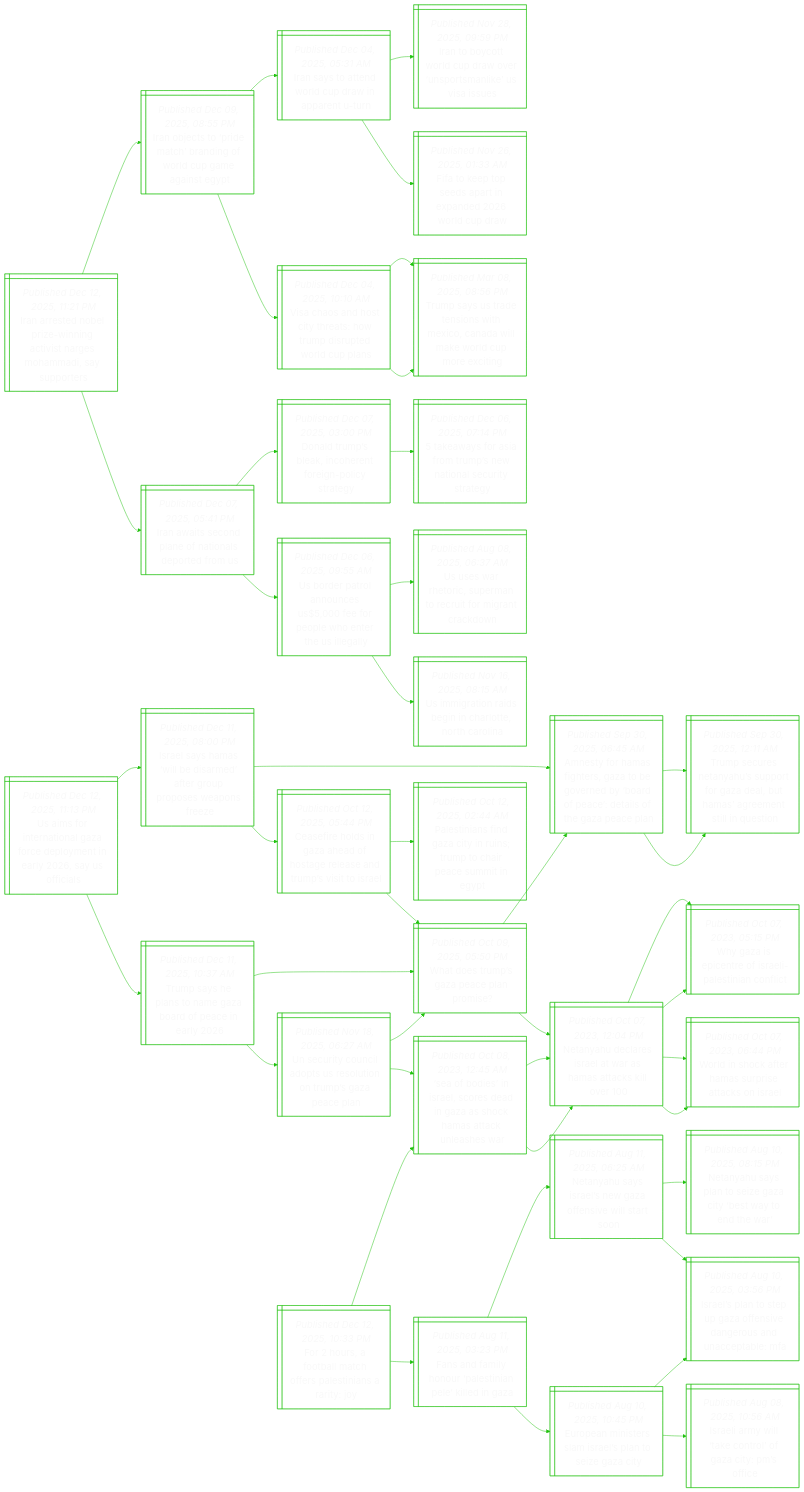
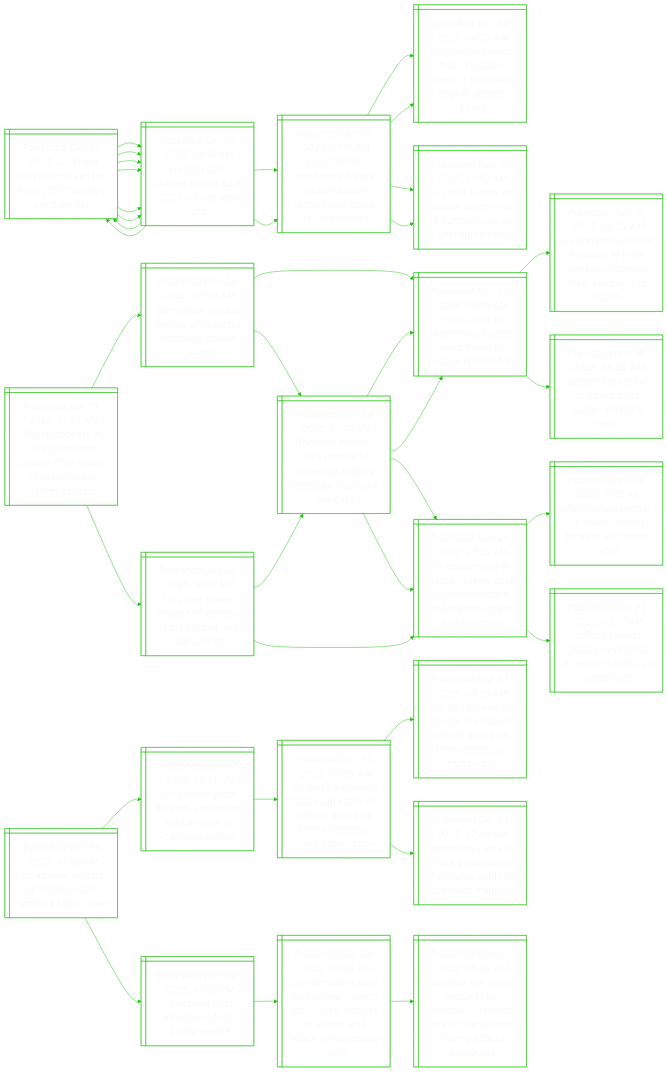
The diagram in README.md (notJmes/notJmes), drawn with Mermaid before and after one commit. The commit also changed other lines of this file, not shown here.

````diff
--- a/README.md
+++ b/README.md
@@ -16,139 +16,121 @@
 flowchart LR
 classDef txtsize font-size:20px;
 
-Ireezncsghdsr@{ shape: win-pane, label: "_Published Dec 12, 2025, 11:21 PM_
-Iran arrested nobel prize-winning activist narges mohammadi, say supporters" }
-Ibsitagrpasp@{ shape: win-pane, label: "_Published Dec 09, 2025, 08:55 PM_
-Iran objects to ‘pride match’ branding of world cup game against egypt" }
-Iaaddraeu@{ shape: win-pane, label: "_Published Dec 04, 2025, 05:31 AM_
-Iran says to attend world cup draw in apparent u-turn" }
-IoorpontlSis@{ shape: win-pane, label: "_Published Nov 28, 2025, 09:59 PM_
-Iran to boycott world cup draw over ‘unsportsmanlike’ us visa issues" }
-Foteaedrp@{ shape: win-pane, label: "_Published Nov 26, 2025, 01:33 AM_
-Fifa to keep top seeds apart in expanded 2026 world cup draw" }
-VhntttTdpoun@{ shape: win-pane, label: "_Published Dec 04, 2025, 10:10 AM_
-Visa chaos and host city threats: how trump disrupted world cup plans" }
-TsSeiixawarpei@{ shape: win-pane, label: "_Published Mar 08, 2025, 08:56 PM_
-Trump says us trade tensions with mexico, canada will make world cup more exciting" }
-TsSeiixawarpei@{ shape: win-pane, label: "_Published Mar 08, 2025, 08:56 PM_
-Trump says us trade tensions with mexico, canada will make world cup more exciting" }
-IwsdetlofS@{ shape: win-pane, label: "_Published Dec 07, 2025, 05:41 PM_
-Iran awaits second plane of nationals deported from us" }
-Ddpaoneose@{ shape: win-pane, label: "_Published Dec 07, 2025, 03:00 PM_
-Donald trump’s bleak, incoherent foreign-policy strategy" }
-twoaTsaause@{ shape: win-pane, label: "_Published Dec 06, 2025, 07:14 PM_
-5 takeaways for asia from trump’s new national security strategy" }
-Udtncfrletia@{ shape: win-pane, label: "_Published Dec 06, 2025, 09:55 AM_
-Us border patrol announces us$5,000 fee for people who enter the us illegally" }
-Ushietrorro@{ shape: win-pane, label: "_Published Aug 08, 2025, 06:37 AM_
-Us uses war rhetoric, superman to recruit for migrant crackdown" }
-UiiigCooan@{ shape: win-pane, label: "_Published Nov 16, 2025, 08:15 AM_
-Us immigration raids begin in charlotte, north carolina" }
+Crjhnkals@{ shape: win-pane, label: "_Published Dec 13, 2025, 03:51 AM_
+Can ukraine join the eu in 2027? unlikely say diplomats" }
+UnUnnUfls@{ shape: win-pane, label: "_Published Dec 13, 2025, 12:16 AM_
+Us plan sees ukraine joining eu in 2027, official tells afp" }
+Crjhnkals@{ shape: win-pane, label: "_Published Dec 13, 2025, 03:51 AM_
+Can ukraine join the eu in 2027? unlikely say diplomats" }
+UnUnnUfls@{ shape: win-pane, label: "_Published Dec 13, 2025, 12:16 AM_
+Us plan sees ukraine joining eu in 2027, official tells afp" }
+UnUnnUfls@{ shape: win-pane, label: "_Published Dec 13, 2025, 12:16 AM_
+Us plan sees ukraine joining eu in 2027, official tells afp" }
+Eeiilesasvblke@{ shape: win-pane, label: "_Published Dec 13, 2025, 01:13 AM_
+Eu agrees to indefinitely freeze russian assets, removing obstacle to ukraine loan" }
+Epufnisrotei@{ shape: win-pane, label: "_Published Dec 04, 2025, 04:29 AM_
+Eu proposes using frozen russian assets or borrowing to give ukraine $136b" }
+EseRaeciotrn@{ shape: win-pane, label: "_Published Dec 10, 2025, 01:42 AM_
+Eu close to deal on russian assets, dec 18 summit to go on until agreement" }
+UnUnnUfls@{ shape: win-pane, label: "_Published Dec 13, 2025, 12:16 AM_
+Us plan sees ukraine joining eu in 2027, official tells afp" }
+Crjhnkals@{ shape: win-pane, label: "_Published Dec 13, 2025, 03:51 AM_
+Can ukraine join the eu in 2027? unlikely say diplomats" }
+UnUnnUfls@{ shape: win-pane, label: "_Published Dec 13, 2025, 12:16 AM_
+Us plan sees ukraine joining eu in 2027, official tells afp" }
+UnUnnUfls@{ shape: win-pane, label: "_Published Dec 13, 2025, 12:16 AM_
+Us plan sees ukraine joining eu in 2027, official tells afp" }
+Eeiilesasvblke@{ shape: win-pane, label: "_Published Dec 13, 2025, 01:13 AM_
+Eu agrees to indefinitely freeze russian assets, removing obstacle to ukraine loan" }
+Epufnisrotei@{ shape: win-pane, label: "_Published Dec 04, 2025, 04:29 AM_
+Eu proposes using frozen russian assets or borrowing to give ukraine $136b" }
+EseRaeciotrn@{ shape: win-pane, label: "_Published Dec 10, 2025, 01:42 AM_
+Eu close to deal on russian assets, dec 18 summit to go on until agreement" }
 
-Ireezncsghdsr:::txtsize --> Ibsitagrpasp:::txtsize
-Ibsitagrpasp:::txtsize --> Iaaddraeu:::txtsize
-Iaaddraeu:::txtsize --> IoorpontlSis:::txtsize
-Iaaddraeu:::txtsize --> Foteaedrp:::txtsize
-Ibsitagrpasp:::txtsize --> VhntttTdpoun:::txtsize
-VhntttTdpoun:::txtsize --> TsSeiixawarpei:::txtsize
-VhntttTdpoun:::txtsize --> TsSeiixawarpei:::txtsize
-Ireezncsghdsr:::txtsize --> IwsdetlofS:::txtsize
-IwsdetlofS:::txtsize --> Ddpaoneose:::txtsize
-Ddpaoneose:::txtsize --> twoaTsaause:::txtsize
-IwsdetlofS:::txtsize --> Udtncfrletia:::txtsize
-Udtncfrletia:::txtsize --> Ushietrorro:::txtsize
-Udtncfrletia:::txtsize --> UiiigCooan:::txtsize
+Crjhnkals:::txtsize --> UnUnnUfls:::txtsize
+UnUnnUfls:::txtsize --> Crjhnkals:::txtsize
+Crjhnkals:::txtsize --> UnUnnUfls:::txtsize
+Crjhnkals:::txtsize --> UnUnnUfls:::txtsize
+UnUnnUfls:::txtsize --> Eeiilesasvblke:::txtsize
+Eeiilesasvblke:::txtsize --> Epufnisrotei:::txtsize
+Eeiilesasvblke:::txtsize --> EseRaeciotrn:::txtsize
+Crjhnkals:::txtsize --> UnUnnUfls:::txtsize
+UnUnnUfls:::txtsize --> Crjhnkals:::txtsize
+Crjhnkals:::txtsize --> UnUnnUfls:::txtsize
+Crjhnkals:::txtsize --> UnUnnUfls:::txtsize
+UnUnnUfls:::txtsize --> Eeiilesasvblke:::txtsize
+Eeiilesasvblke:::txtsize --> Epufnisrotei:::txtsize
+Eeiilesasvblke:::txtsize --> EseRaeciotrn:::txtsize
 
-Usnaaaeotryfl@{ shape: win-pane, label: "_Published Dec 12, 2025, 11:13 PM_
-Us aims for international gaza force deployment in early 2026, say us officials" }
-IlHwerfrrepr@{ shape: win-pane, label: "_Published Dec 11, 2025, 08:00 PM_
-Israel says hamas ‘will be disarmed’ after group proposes weapons freeze" }
-Cfonaoteervta@{ shape: win-pane, label: "_Published Oct 12, 2025, 05:44 PM_
-Ceasefire holds in gaza ahead of hostage release and trump’s visit to israel" }
-Wouaaam@{ shape: win-pane, label: "_Published Oct 09, 2025, 05:50 PM_
-What does trump’s gaza peace plan promise?" }
-PtndCnspaamnt@{ shape: win-pane, label: "_Published Oct 12, 2025, 02:44 AM_
-Palestinians find gaza city in ruins; trump to chair peace summit in egypt" }
-AtHfezerydatoGel@{ shape: win-pane, label: "_Published Sep 30, 2025, 06:45 AM_
-Amnesty for hamas fighters, gaza to be governed by ‘board of peace’: details of the gaza peace plan" }
-Tseaupoabmrnluo@{ shape: win-pane, label: "_Published Sep 30, 2025, 12:11 AM_
-Trump secures netanyahu’s support for gaza deal, but hamas’ agreement still in question" }
-Tseaupoabmrnluo@{ shape: win-pane, label: "_Published Sep 30, 2025, 12:11 AM_
-Trump secures netanyahu’s support for gaza deal, but hamas’ agreement still in question" }
-Tsesmadae@{ shape: win-pane, label: "_Published Dec 11, 2025, 10:37 AM_
-Trump says he plans to name gaza board of peace in early 2026" }
-Wouaaam@{ shape: win-pane, label: "_Published Oct 09, 2025, 05:50 PM_
-What does trump’s gaza peace plan promise?" }
-AtHfezerydatoGel@{ shape: win-pane, label: "_Published Sep 30, 2025, 06:45 AM_
-Amnesty for hamas fighters, gaza to be governed by ‘board of peace’: details of the gaza peace plan" }
-NyeeawHakl@{ shape: win-pane, label: "_Published Oct 07, 2023, 12:04 PM_
-Netanyahu declares israel at war as hamas attacks kill over 100" }
-UuCipruomzcn@{ shape: win-pane, label: "_Published Nov 18, 2025, 06:27 AM_
-Un security council adopts us resolution on trump’s gaza peace plan" }
-Wouaaam@{ shape: win-pane, label: "_Published Oct 09, 2025, 05:50 PM_
-What does trump’s gaza peace plan promise?" }
-Sbsrcdnacaale@{ shape: win-pane, label: "_Published Oct 08, 2023, 12:45 AM_
-‘sea of bodies’ in israel, scores dead in gaza as shock hamas attack unleashes war" }
+Tareeetoasfrrs@{ shape: win-pane, label: "_Published Dec 13, 2025, 01:50 AM_
+Trump appears in newly released photos from estate of sex offender jeffrey epstein" }
+Dreeopnosal@{ shape: win-pane, label: "_Published Dec 04, 2025, 07:20 AM_
+Democrats release photos of epstein’s notorious private island" }
+TsBrnuertlEie@{ shape: win-pane, label: "_Published Nov 20, 2025, 10:06 AM_
+Trump signs bill ordering us justice department to release epstein files" }
+Ugpsufrspnsitm@{ shape: win-pane, label: "_Published Nov 19, 2025, 04:23 AM_
+Us congress passes measure to force release of epstein files, sending it to trump" }
+Eieeaobhe@{ shape: win-pane, label: "_Published Nov 19, 2025, 08:35 AM_
+Epstein files to be released to us public: what are they?" }
+Gaalrspndtcmrc@{ shape: win-pane, label: "_Published Dec 04, 2025, 07:10 AM_
+Ghislaine maxwell says release of epstein grand jury transcript may harm her case" }
+Uanuewhspnaldmi@{ shape: win-pane, label: "_Published Nov 25, 2025, 07:25 AM_
+Us department of justice renews push to unseal epstein and maxwell grand jury materials" }
+TsBrnuertlEie@{ shape: win-pane, label: "_Published Nov 20, 2025, 10:06 AM_
+Trump signs bill ordering us justice department to release epstein files" }
+Ugoloteddde@{ shape: win-pane, label: "_Published Dec 09, 2025, 10:52 PM_
+Us judge allows release of epstein-related grand jury documents" }
+Gaalrspndtcmrc@{ shape: win-pane, label: "_Published Dec 04, 2025, 07:10 AM_
+Ghislaine maxwell says release of epstein grand jury transcript may harm her case" }
+Uanuewhspnaldmi@{ shape: win-pane, label: "_Published Nov 25, 2025, 07:25 AM_
+Us department of justice renews push to unseal epstein and maxwell grand jury materials" }
+TsBrnuertlEie@{ shape: win-pane, label: "_Published Nov 20, 2025, 10:06 AM_
+Trump signs bill ordering us justice department to release epstein files" }
+Uanuewhspnaldmi@{ shape: win-pane, label: "_Published Nov 25, 2025, 07:25 AM_
+Us department of justice renews push to unseal epstein and maxwell grand jury materials" }
+ATrsHpsaEie@{ shape: win-pane, label: "_Published Nov 18, 2025, 11:15 AM_
+After trump reversal, us house pushes forward on epstein vote" }
+JetructaaSes@{ shape: win-pane, label: "_Published Aug 21, 2025, 02:17 AM_
+Jeffrey epstein grand jury records to remain sealed, us judge rules" }
 
-Usnaaaeotryfl:::txtsize --> IlHwerfrrepr:::txtsize
-IlHwerfrrepr:::txtsize --> Cfonaoteervta:::txtsize
-Cfonaoteervta:::txtsize --> Wouaaam:::txtsize
-Cfonaoteervta:::txtsize --> PtndCnspaamnt:::txtsize
-IlHwerfrrepr:::txtsize --> AtHfezerydatoGel:::txtsize
-AtHfezerydatoGel:::txtsize --> Tseaupoabmrnluo:::txtsize
-AtHfezerydatoGel:::txtsize --> Tseaupoabmrnluo:::txtsize
-Usnaaaeotryfl:::txtsize --> Tsesmadae:::txtsize
-Tsesmadae:::txtsize --> Wouaaam:::txtsize
-Wouaaam:::txtsize --> AtHfezerydatoGel:::txtsize
-Wouaaam:::txtsize --> NyeeawHakl:::txtsize
-Tsesmadae:::txtsize --> UuCipruomzcn:::txtsize
-UuCipruomzcn:::txtsize --> Wouaaam:::txtsize
-UuCipruomzcn:::txtsize --> Sbsrcdnacaale:::txtsize
+Tareeetoasfrrs:::txtsize --> Dreeopnosal:::txtsize
+Dreeopnosal:::txtsize --> TsBrnuertlEie:::txtsize
+TsBrnuertlEie:::txtsize --> Ugpsufrspnsitm:::txtsize
+TsBrnuertlEie:::txtsize --> Eieeaobhe:::txtsize
+Dreeopnosal:::txtsize --> Gaalrspndtcmrc:::txtsize
+Gaalrspndtcmrc:::txtsize --> Uanuewhspnaldmi:::txtsize
+Gaalrspndtcmrc:::txtsize --> TsBrnuertlEie:::txtsize
+Tareeetoasfrrs:::txtsize --> Ugoloteddde:::txtsize
+Ugoloteddde:::txtsize --> Gaalrspndtcmrc:::txtsize
+Gaalrspndtcmrc:::txtsize --> Uanuewhspnaldmi:::txtsize
+Gaalrspndtcmrc:::txtsize --> TsBrnuertlEie:::txtsize
+Ugoloteddde:::txtsize --> Uanuewhspnaldmi:::txtsize
+Uanuewhspnaldmi:::txtsize --> ATrsHpsaEie:::txtsize
+Uanuewhspnaldmi:::txtsize --> JetructaaSes:::txtsize
 
-Fuolcelnat@{ shape: win-pane, label: "_Published Dec 12, 2025, 10:33 PM_
-For 2 hours, a football match offers palestinians a rarity: joy" }
-Sbsrcdnacaale@{ shape: win-pane, label: "_Published Oct 08, 2023, 12:45 AM_
-‘sea of bodies’ in israel, scores dead in gaza as shock hamas attack unleashes war" }
-NyeeawHakl@{ shape: win-pane, label: "_Published Oct 07, 2023, 12:04 PM_
-Netanyahu declares israel at war as hamas attacks kill over 100" }
-WzptIleint@{ shape: win-pane, label: "_Published Oct 07, 2023, 05:15 PM_
-Why gaza is epicentre of israeli-palestinian conflict" }
-Wiceapaks@{ shape: win-pane, label: "_Published Oct 07, 2023, 06:44 PM_
-World in shock after hamas surprise attacks on israel" }
-NyeeawHakl@{ shape: win-pane, label: "_Published Oct 07, 2023, 12:04 PM_
-Netanyahu declares israel at war as hamas attacks kill over 100" }
-WzptIleint@{ shape: win-pane, label: "_Published Oct 07, 2023, 05:15 PM_
-Why gaza is epicentre of israeli-palestinian conflict" }
-Wiceapaks@{ shape: win-pane, label: "_Published Oct 07, 2023, 06:44 PM_
-World in shock after hamas surprise attacks on israel" }
-FninaiPiia@{ shape: win-pane, label: "_Published Aug 11, 2025, 03:23 PM_
-Fans and family honour ‘palestinian pele’ killed in gaza" }
-Nyarnzeess@{ shape: win-pane, label: "_Published Aug 11, 2025, 06:25 AM_
-Netanyahu says israel’s new gaza offensive will start soon" }
-Nyaaeattoh@{ shape: win-pane, label: "_Published Aug 10, 2025, 08:15 PM_
-Netanyahu says plan to seize gaza city ‘best way to end the war’" }
-Ilneafvgsnpe@{ shape: win-pane, label: "_Published Aug 10, 2025, 03:56 PM_
-Israel’s plan to step up gaza offensive dangerous and unacceptable: mfa" }
-Eenrmeaeat@{ shape: win-pane, label: "_Published Aug 10, 2025, 10:45 PM_
-European ministers slam israel’s plan to seize gaza city" }
-Ilytolzyf@{ shape: win-pane, label: "_Published Aug 08, 2025, 10:56 AM_
-Israeli army will ‘take control’ of gaza city: pm’s office" }
-Ilneafvgsnpe@{ shape: win-pane, label: "_Published Aug 10, 2025, 03:56 PM_
-Israel’s plan to step up gaza offensive dangerous and unacceptable: mfa" }
+Uiegonniew@{ shape: win-pane, label: "_Published Dec 13, 2025, 01:43 AM_
+Us admiral leading us troops in latin america steps down" }
+UeefdikuoCbt@{ shape: win-pane, label: "_Published Dec 07, 2025, 06:51 AM_
+Us’ pete hegseth defends decision to kill survivors in caribbean strike" }
+Uirdotoeramzsho@{ shape: win-pane, label: "_Published Dec 02, 2025, 04:09 AM_
+Us admiral ordered follow-up strike on alleged drug boat from venezuela, says white house" }
+UikperngutVura@{ shape: win-pane, label: "_Published Sep 03, 2025, 04:19 AM_
+Us military kills 11 people in strike on alleged drug boat from venezuela, trump says" }
+VulScpifromlMo@{ shape: win-pane, label: "_Published Dec 01, 2025, 07:49 AM_
+Venezuela slams us attack preparations after trump confirms call with maduro" }
+VuorKiuyr@{ shape: win-pane, label: "_Published Dec 04, 2025, 05:10 PM_
+Venezuela boat strikes: kill first, justify never?" }
+UmsvnoaTpealtoea@{ shape: win-pane, label: "_Published Dec 04, 2025, 06:50 AM_
+Us lawmakers want vote on war powers after trump pledges to launch land attack on venezuela ‘soon’" }
+CsdltSatcerrrtsz@{ shape: win-pane, label: "_Published Dec 03, 2025, 05:20 AM_
+‘colossal and costly mistake’: us lawmakers to force vote on war powers if trump attacks venezuela" }
 
-Fuolcelnat:::txtsize --> Sbsrcdnacaale:::txtsize
-Sbsrcdnacaale:::txtsize --> NyeeawHakl:::txtsize
-NyeeawHakl:::txtsize --> WzptIleint:::txtsize
-NyeeawHakl:::txtsize --> Wiceapaks:::txtsize
-Sbsrcdnacaale:::txtsize --> NyeeawHakl:::txtsize
-NyeeawHakl:::txtsize --> WzptIleint:::txtsize
-NyeeawHakl:::txtsize --> Wiceapaks:::txtsize
-Fuolcelnat:::txtsize --> FninaiPiia:::txtsize
-FninaiPiia:::txtsize --> Nyarnzeess:::txtsize
-Nyarnzeess:::txtsize --> Nyaaeattoh:::txtsize
-Nyarnzeess:::txtsize --> Ilneafvgsnpe:::txtsize
-FninaiPiia:::txtsize --> Eenrmeaeat:::txtsize
-Eenrmeaeat:::txtsize --> Ilytolzyf:::txtsize
-Eenrmeaeat:::txtsize --> Ilneafvgsnpe:::txtsize
+Uiegonniew:::txtsize --> UeefdikuoCbt:::txtsize
+UeefdikuoCbt:::txtsize --> Uirdotoeramzsho:::txtsize
+Uirdotoeramzsho:::txtsize --> UikperngutVura:::txtsize
+Uirdotoeramzsho:::txtsize --> VulScpifromlMo:::txtsize
+Uiegonniew:::txtsize --> VuorKiuyr:::txtsize
+VuorKiuyr:::txtsize --> UmsvnoaTpealtoea:::txtsize
+UmsvnoaTpealtoea:::txtsize --> CsdltSatcerrrtsz:::txtsize
 
 ```
````
